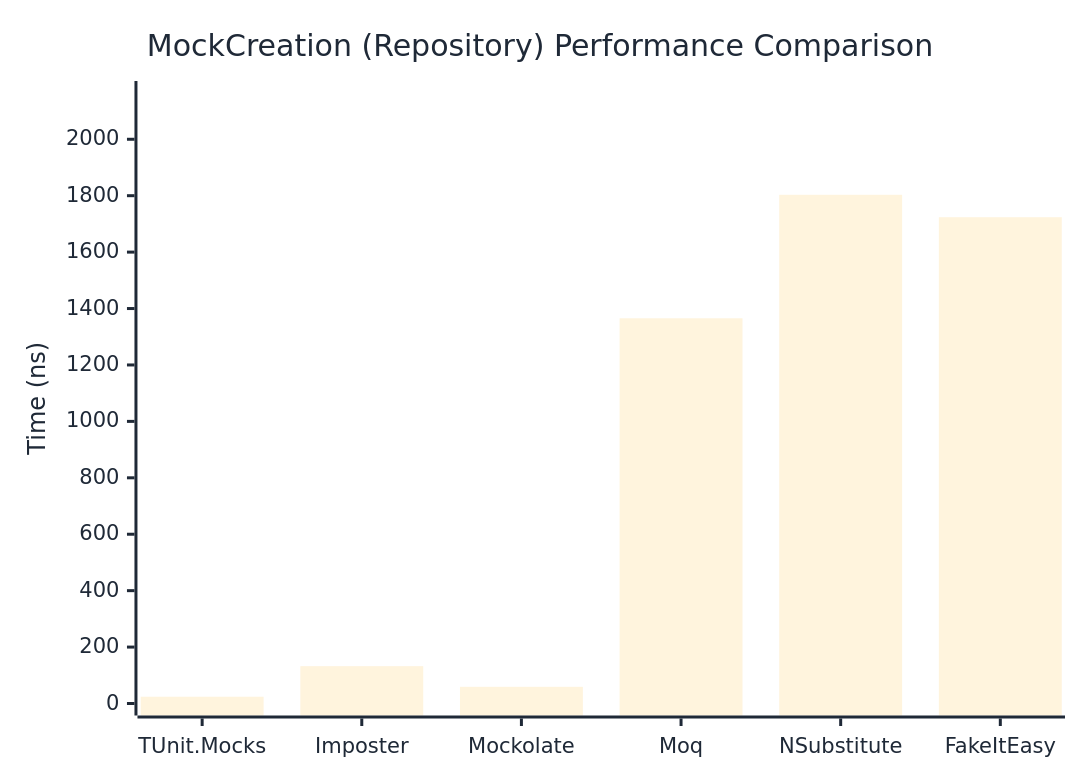
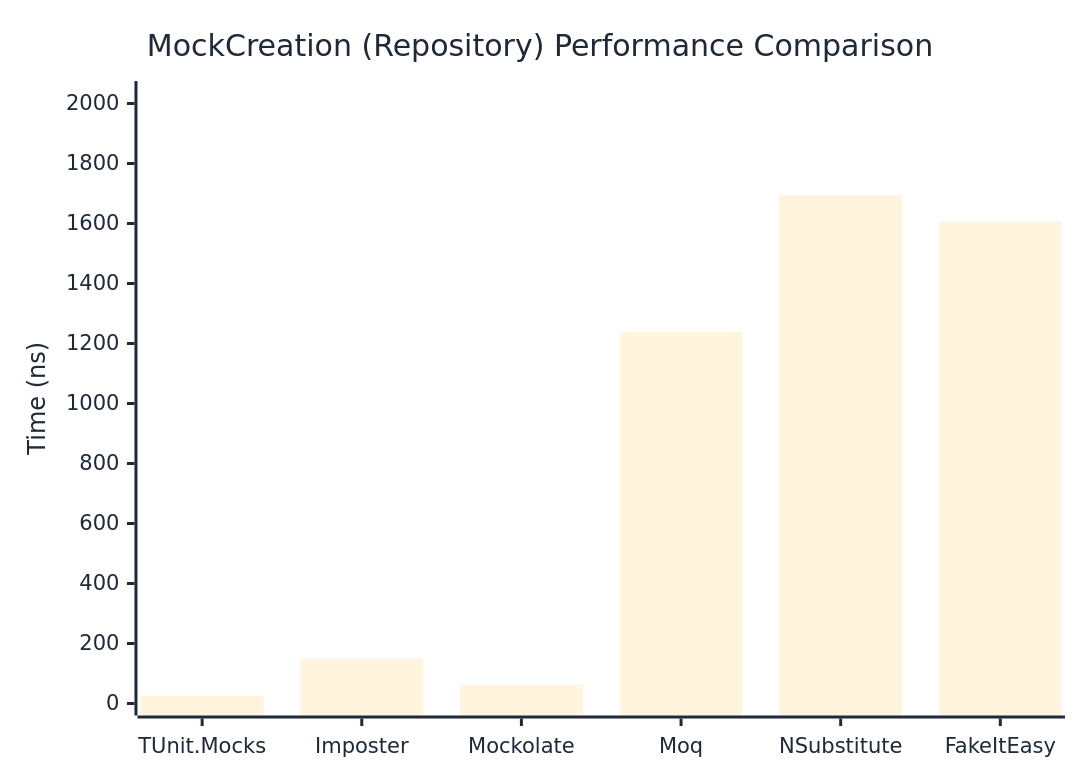
Before and after one commit to thomhurst/TUnit: the second of 2 diagrams in docs/docs/benchmarks/mocks/MockCreation.md, drawn with Mermaid. The commit also changed other lines of this file and 14 other files, not shown here.

````diff
--- a/docs/docs/benchmarks/mocks/MockCreation.md
+++ b/docs/docs/benchmarks/mocks/MockCreation.md
@@ -69,27 +69,27 @@
 ```mermaid
 %%{init: {
   'theme':'base',
   'themeVariables': {
     'primaryColor': '#2563eb',
     'primaryTextColor': '#1f2937',
     'primaryBorderColor': '#1e40af',
     'lineColor': '#6b7280',
     'secondaryColor': '#7c3aed',
     'tertiaryColor': '#dc2626',
     'background': '#ffffff',
     'pie1': '#2563eb',
     'pie2': '#7c3aed',
     'pie3': '#dc2626',
     'pie4': '#f59e0b',
     'pie5': '#10b981',
     'pie6': '#06b6d4',
     'pie7': '#ec4899',
     'pie8': '#6366f1'
   }
 }}%%
 xychart-beta
   title "MockCreation (Repository) Performance Comparison"
   x-axis ["TUnit.Mocks", "Imposter", "Mockolate", "Moq", "NSubstitute", "FakeItEasy"]
-  y-axis "Time (ns)" 0 --> 2164
-  bar [24.01, 132.38, 59.11, 1365.46, 1803.2, 1723.72]
+  y-axis "Time (ns)" 0 --> 2035
+  bar [26.28, 149.23, 62.8, 1237.94, 1695.34, 1605.37]
 ```
````
